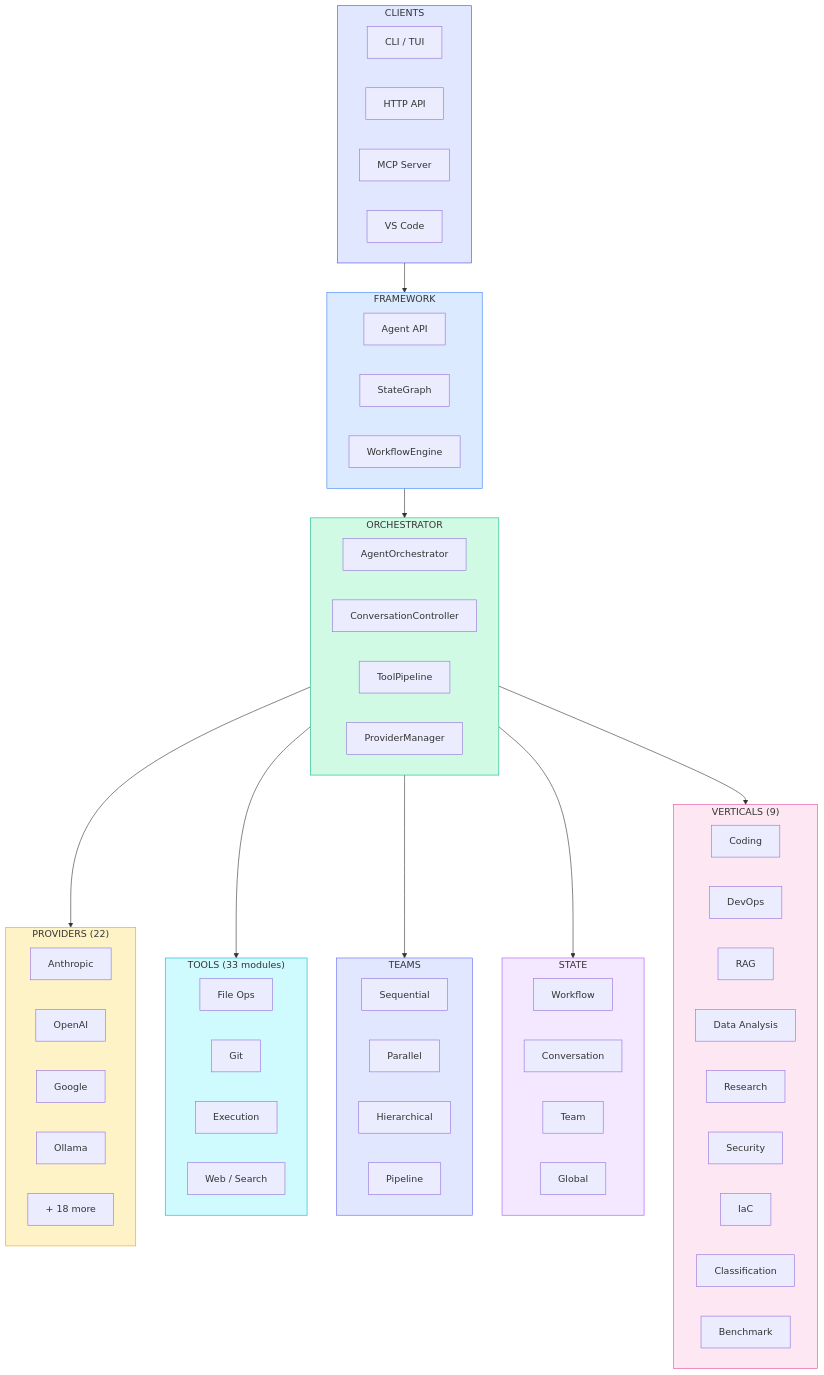
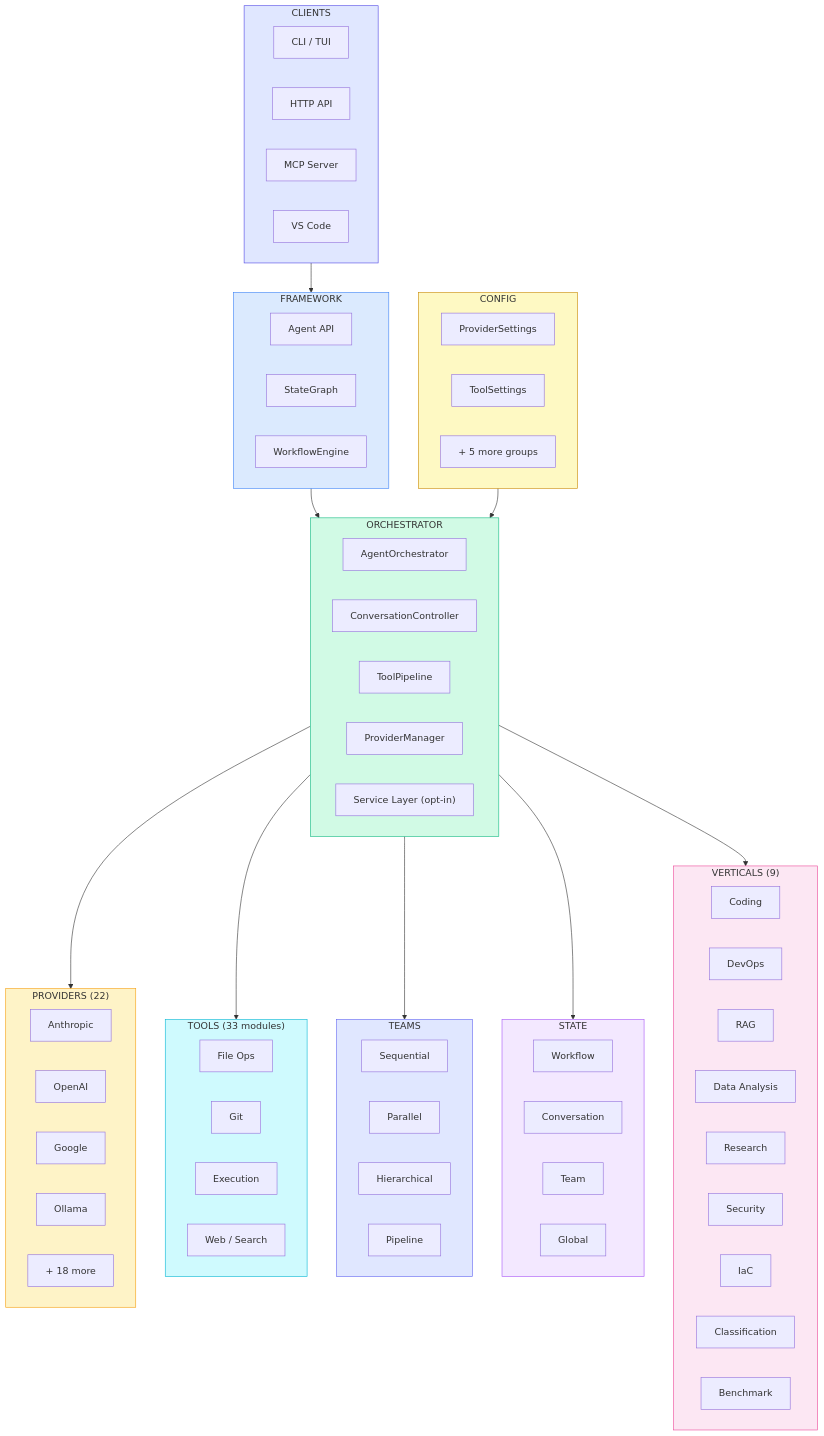
The diagram in ARCHITECTURE.md (vjsingh1984/victor), drawn with Mermaid before and after one commit. The commit also changed other lines of this file and 1499 other files, not shown here.

First line of the commit message:
v0.6.1: Architecture cleanup, contrib removal, SDK decoupling

````diff
--- a/ARCHITECTURE.md
+++ b/ARCHITECTURE.md
@@ -22,6 +22,13 @@
         CC["ConversationController"]
         TP["ToolPipeline"]
         PM["ProviderManager"]
+        SL["Service Layer (opt-in)"]
+    end
+
+    subgraph Config["CONFIG"]
+        PROV_CFG["ProviderSettings"]
+        TOOL_CFG["ToolSettings"]
+        MORE_CFG["+ 5 more groups"]
     end
 
     subgraph Providers["PROVIDERS (22)"]
@@ -72,6 +79,7 @@
     Orchestrator --> Teams
     Orchestrator --> State
     Orchestrator --> Verticals
+    Config --> Orchestrator
 
     style Clients fill:#e0e7ff,stroke:#4f46e5
     style Framework fill:#dbeafe,stroke:#3b82f6
@@ -81,4 +89,5 @@
     style Teams fill:#e0e7ff,stroke:#6366f1
     style State fill:#f3e8ff,stroke:#a855f7
     style Verticals fill:#fce7f3,stroke:#ec4899
+    style Config fill:#fef9c3,stroke:#ca8a04
 ```
````
